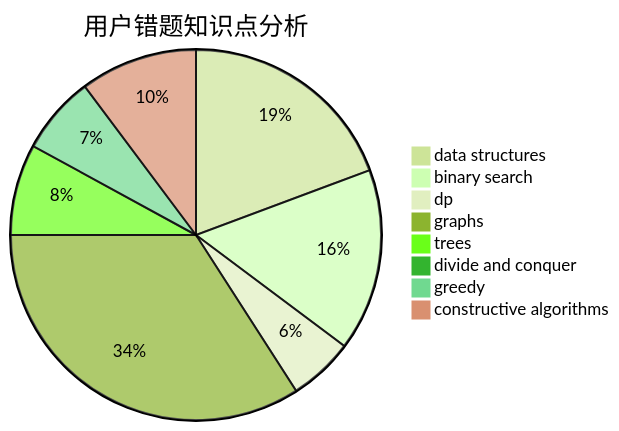
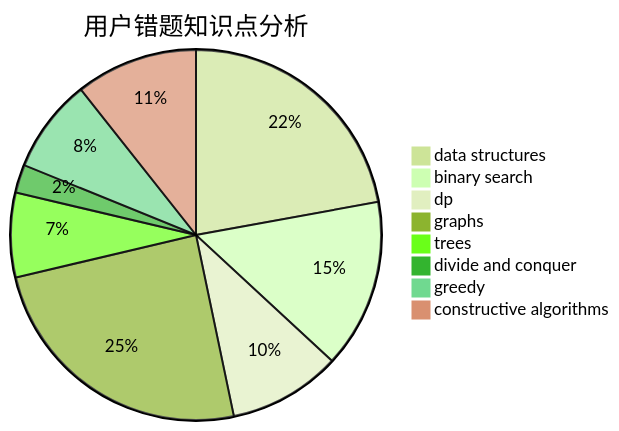
Before and after one commit to sherpahu/cfrs.github.io: the third of 3 diagrams in docs/user/u1355.md, drawn with Mermaid (forest theme). The commit also changed other lines of this file and 2770 other files, not shown here.

````diff
--- a/docs/user/u1355.md
+++ b/docs/user/u1355.md
@@ -36,11 +36,11 @@
 ```mermaid
 pie title 用户错题知识点分析
-    "data structures" :  17
-    "binary search" :  14
-    "dp" :  5
+    "data structures" :  27
+    "binary search" :  18
+    "dp" :  12
     "graphs" :  30
-    "trees" :  7
-    "divide and conquer" :  0
-    "greedy" :  6
-    "constructive algorithms" :  9
+    "trees" :  9
+    "divide and conquer" :  3
+    "greedy" :  10
+    "constructive algorithms" :  13
 ```
````
